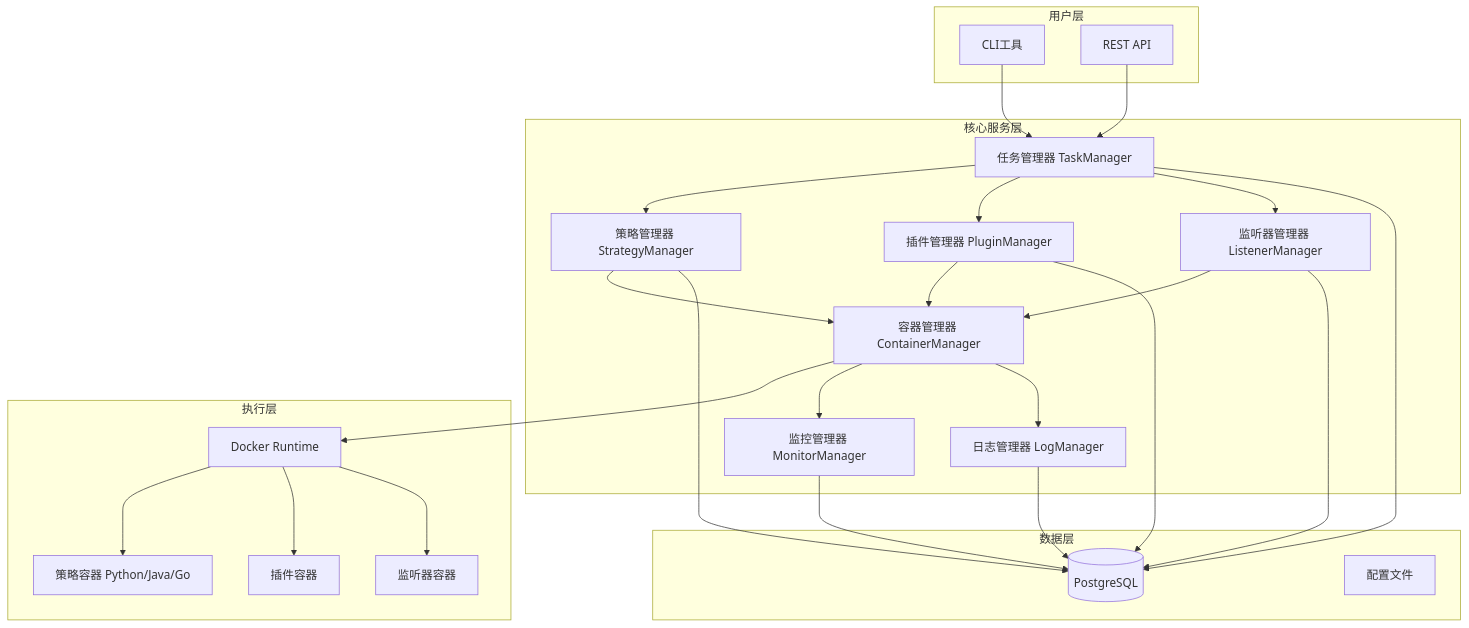
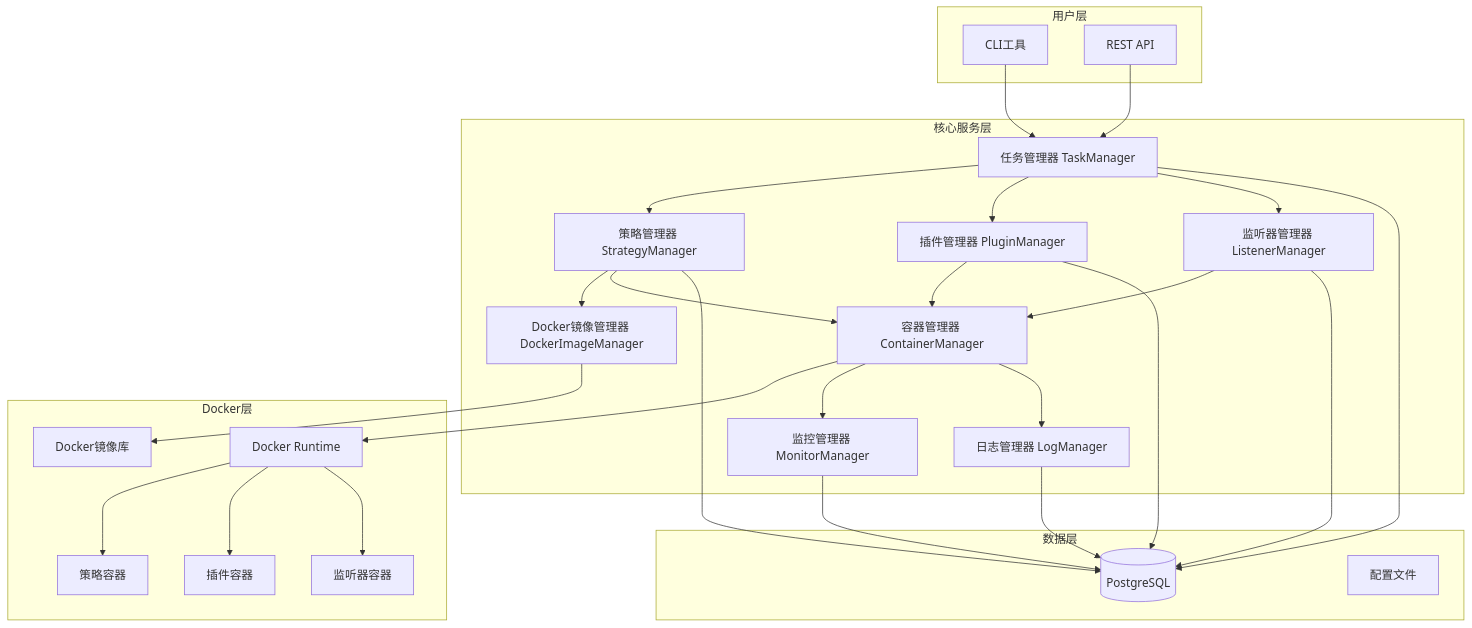
The first of 11 diagrams in docs/arch/logic_flow.md (shenge08/hs-taskm), drawn with Mermaid before and after one commit. The commit also changed other lines of this file and 3 other files, not shown here.

First line of the commit message:
feat: complete Stage 2 & Stage 3 architecture and testing

````diff
--- a/docs/arch/logic_flow.md
+++ b/docs/arch/logic_flow.md
@@ -5,50 +5,54 @@
 ```mermaid
 graph TB
     subgraph "用户层"
         CLI[CLI工具]
         API[REST API]
     end
     
     subgraph "核心服务层"
         TM[任务管理器 TaskManager]
         SM[策略管理器 StrategyManager]
         PM[插件管理器 PluginManager] 
         LM[监听器管理器 ListenerManager]
         CM[容器管理器 ContainerManager]
         MM[监控管理器 MonitorManager]
         LOG[日志管理器 LogManager]
+        DIM[Docker镜像管理器 DockerImageManager]
     end
     
-    subgraph "执行层"
+    subgraph "Docker层"
         DOCKER[Docker Runtime]
-        STRATEGY[策略容器 Python/Java/Go]
+        IMAGES[Docker镜像库]
+        STRATEGY[策略容器]
         PLUGIN[插件容器]
         LISTENER[监听器容器]
     end
     
     subgraph "数据层"
         DB[(PostgreSQL)]
         CONFIG[配置文件]
     end
     
     CLI --> TM
     API --> TM
     TM --> SM
     TM --> PM
     TM --> LM
+    SM --> DIM
+    DIM --> IMAGES
     SM --> CM
     PM --> CM
     LM --> CM
     CM --> DOCKER
     DOCKER --> STRATEGY
     DOCKER --> PLUGIN
     DOCKER --> LISTENER
     CM --> MM
     CM --> LOG
     TM --> DB
     SM --> DB
     PM --> DB
     LM --> DB
     MM --> DB
     LOG --> DB
 ```
````
